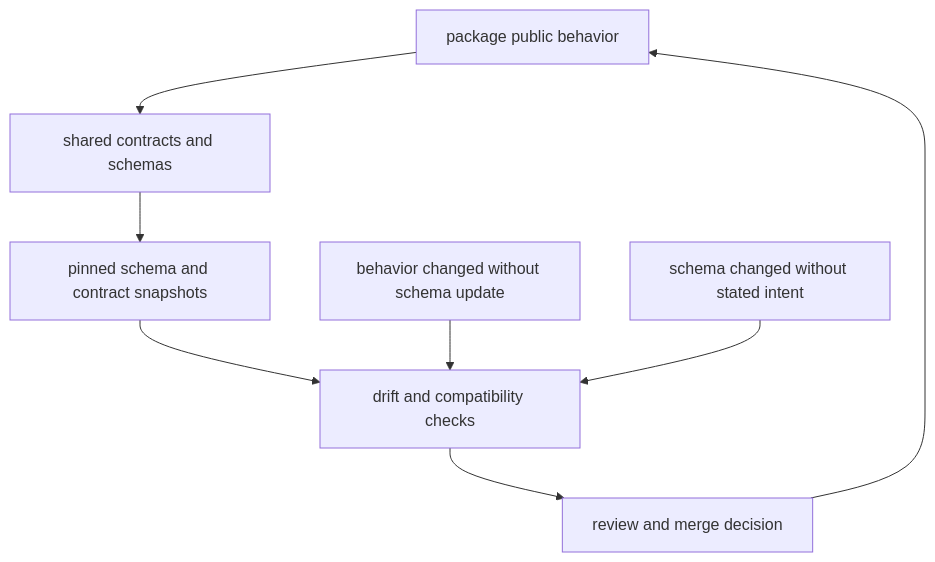
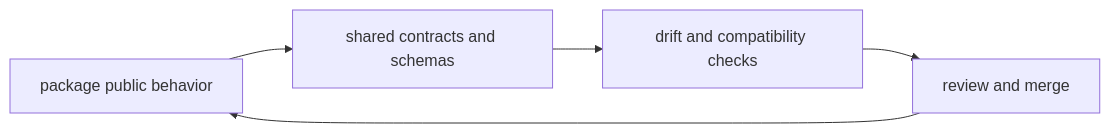
One commit to bijux/bijux-cli changed the diagram in docs/bijux-core/operations/api-and-schema-governance.md. Above: the diagram before and after it, drawn with Mermaid. The commit also changed other lines of this file, not shown here.

Commit message:
docs(core-operations): clarify API and schema governance

````diff
--- a/docs/bijux-core/operations/api-and-schema-governance.md
+++ b/docs/bijux-core/operations/api-and-schema-governance.md
@@ -15,11 +21,7 @@
 ```mermaid
-flowchart TD
-    behavior[package public behavior] --> schemas[shared contracts and schemas]
-    schemas --> pinned[pinned schema and contract snapshots]
-    pinned --> checks[drift and compatibility checks]
-    checks --> review[review and merge decision]
+flowchart LR
+    behavior["package public behavior"] --> schemas["shared contracts and schemas"]
+    schemas --> checks["drift and compatibility checks"]
+    checks --> review["review and merge"]
     review --> behavior
-
-    code_drift[behavior changed without schema update] --> checks
-    schema_drift[schema changed without stated intent] --> checks
 ```
````
